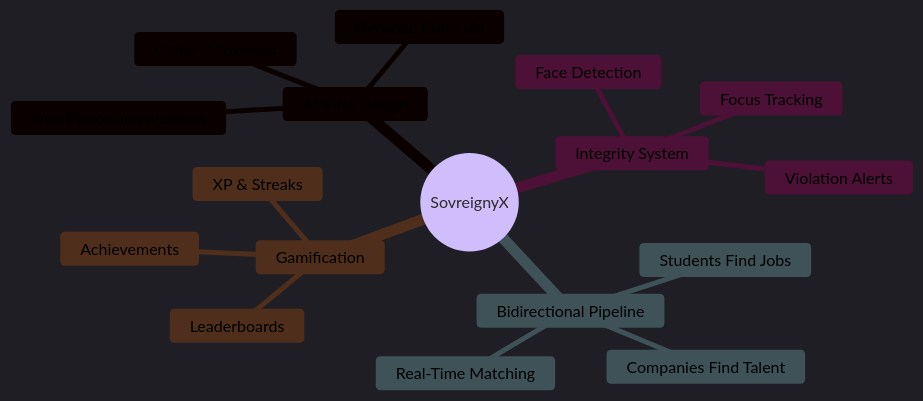
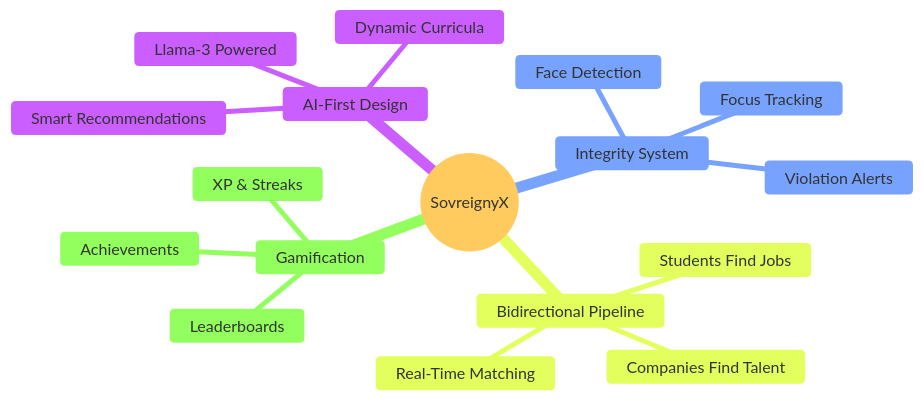
The first of 5 diagrams in README.md (dhanasai2/SovreignyX_Final), drawn with Mermaid before and after one commit.

````diff
--- a/README.md
+++ b/README.md
@@ -169,47 +169,26 @@
 ```mermaid
-%%{init: {
-  'theme':'dark',
-  'themeVariables': {
-    'darkMode': true,
-    'background': '#0f172a',
-    'primaryColor': '#4facfe',
-    'primaryTextColor': '#ffffff',
-    'primaryBorderColor': '#4facfe',
-    'secondaryColor': '#8b5cf6',
-    'secondaryTextColor': '#ffffff',
-    'secondaryBorderColor': '#8b5cf6',
-    'tertiaryColor': '#0ea5e9',
-    'tertiaryTextColor': '#ffffff',
-    'tertiaryBorderColor': '#0ea5e9',
-    'lineColor': '#F8B229',
-    'textColor': '#ffffff',
-    'mainBkg': '#1e293b',
-    'nodeBorder': '#4facfe',
-    'clusterBkg': '#1e293b',
-    'clusterBorder': '#4facfe',
-    'titleColor': '#ffffff',
-    'edgeLabelBackground': '#1e293b',
-    'nodeTextColor': '#ffffff'
-  }
-}}%%
+%%{init: {'theme':'base', 'themeVariables': {'fontSize':'16px'}}}%%
 mindmap
   root((SovreignyX))
     AI-First Design
       Llama-3 Powered
       Dynamic Curricula
       Smart Recommendations
     Integrity System
       Face Detection
       Focus Tracking
       Violation Alerts
     Bidirectional Pipeline
       Students Find Jobs
       Companies Find Talent
       Real-Time Matching
     Gamification
       XP & Streaks
       Leaderboards
       Achievements
 
+%%{init: {'themeCSS': '.mindmap-node { color: white !important; } .mindmap-node text { fill: white !important; }'}}%%
+
+
 
 ```
````
